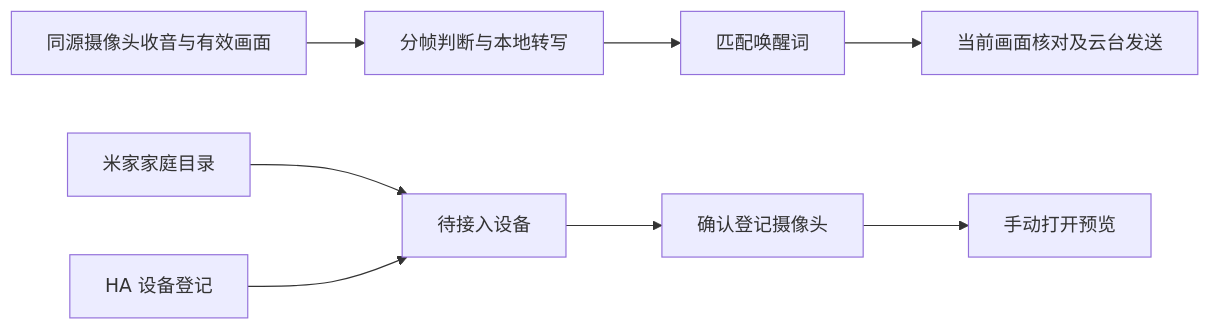
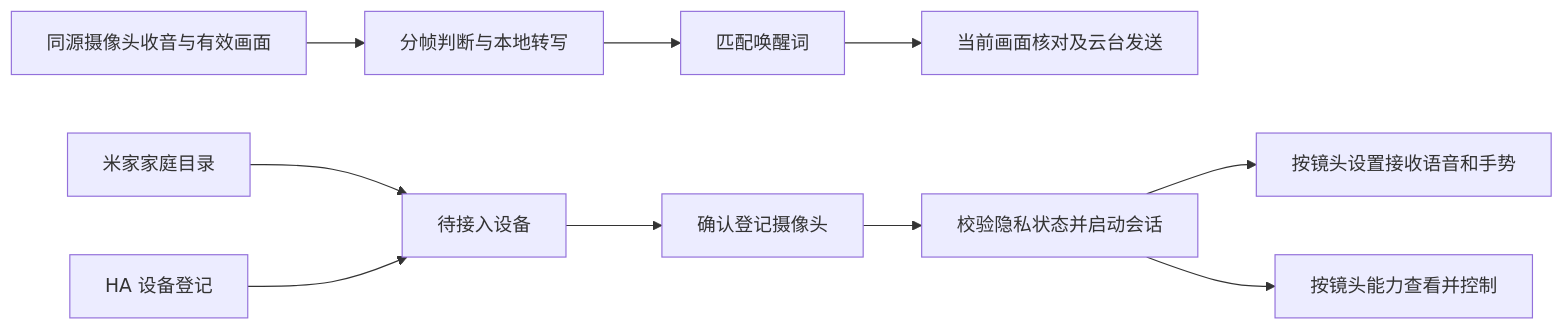
One commit to Geeprox/Friday changed the first of 36 diagrams in docs/architecture.md. Above: the diagram before and after it, drawn with Mermaid. The commit also changed other lines of this file and 24 other files, not shown here.

````diff
--- a/docs/architecture.md
+++ b/docs/architecture.md
@@ -30,10 +33,12 @@
 ```mermaid
 flowchart LR
   A[同源摄像头收音与有效画面] --> B[分帧判断与本地转写]
   B --> C[匹配唤醒词]
   C --> D[当前画面核对及云台发送]
   M[米家家庭目录] --> F[待接入设备]
   H[HA 设备登记] --> F
   F --> G[确认登记摄像头]
-  G --> V[手动打开预览]
+  G --> V[校验隐私状态并启动会话]
+  V --> I[按镜头设置接收语音和手势]
+  V --> P[按镜头能力查看并控制]
 ```
````
